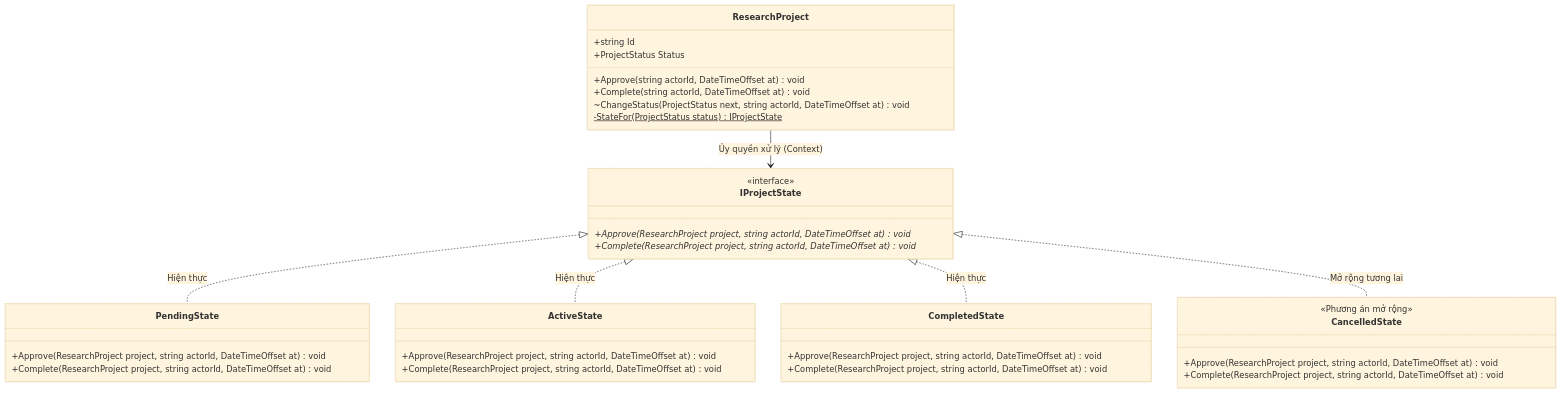
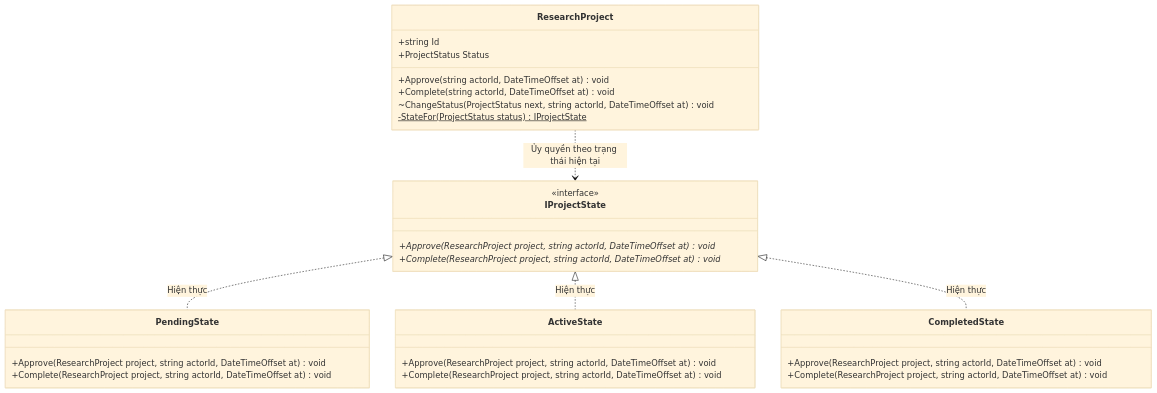
The third of 10 diagrams in docs/uml.md (PKT-zZ/QLNCKH_OOP_FINAL), drawn with Mermaid (base theme) before and after one commit. The commit also changed other lines of this file and 9 other files, not shown here.

````diff
--- a/docs/uml.md
+++ b/docs/uml.md
@@ -272,44 +271,37 @@
 ```mermaid
 classDiagram
     class ResearchProject {
         +string Id
         +ProjectStatus Status
         +Approve(string actorId, DateTimeOffset at) void
         +Complete(string actorId, DateTimeOffset at) void
         ~ChangeStatus(ProjectStatus next, string actorId, DateTimeOffset at) void
         -StateFor(ProjectStatus status)$ IProjectState
     }
 
     class IProjectState {
         <<interface>>
         +Approve(ResearchProject project, string actorId, DateTimeOffset at)* void
         +Complete(ResearchProject project, string actorId, DateTimeOffset at)* void
     }
 
     class PendingState {
         +Approve(ResearchProject project, string actorId, DateTimeOffset at) void
         +Complete(ResearchProject project, string actorId, DateTimeOffset at) void
     }
 
     class ActiveState {
         +Approve(ResearchProject project, string actorId, DateTimeOffset at) void
         +Complete(ResearchProject project, string actorId, DateTimeOffset at) void
     }
 
     class CompletedState {
         +Approve(ResearchProject project, string actorId, DateTimeOffset at) void
         +Complete(ResearchProject project, string actorId, DateTimeOffset at) void
     }
 
-    class CancelledState {
-        <<Phương án mở rộng>>
-        +Approve(ResearchProject project, string actorId, DateTimeOffset at) void
-        +Complete(ResearchProject project, string actorId, DateTimeOffset at) void
-    }
-
-    ResearchProject --> IProjectState : Ủy quyền xử lý (Context)
+    ResearchProject ..> IProjectState : Ủy quyền theo trạng thái hiện tại
     IProjectState <|.. PendingState : Hiện thực
     IProjectState <|.. ActiveState : Hiện thực
     IProjectState <|.. CompletedState : Hiện thực
-    IProjectState <|.. CancelledState : Mở rộng tương lai
 ```
````
